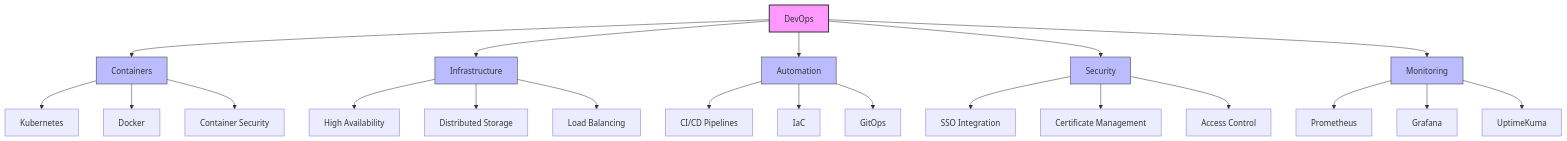
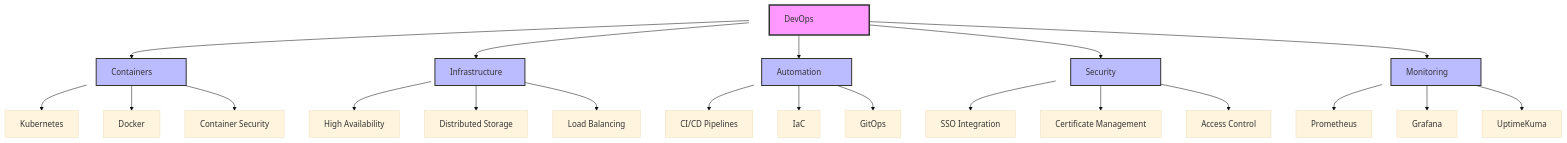
One commit to depgod/docs changed the diagram in docs/index.md. Above: the diagram before and after it, drawn with Mermaid. The commit also changed 5 other files, not shown here.

````diff
--- a/docs/index.md
+++ b/docs/index.md
@@ -12,35 +12,36 @@
 ```mermaid
+%%{init: {'theme': 'base', 'themeVariables': { 'fontSize': '16px', 'fontFamily': 'arial' }, 'securityLevel': 'loose', 'zoom': 1.5 }}%%
 graph TD
     A[DevOps] --> B[Containers]
     A --> C[Infrastructure]
     A --> D[Automation]
     A --> E[Security]
     A --> F[Monitoring]
     
     B --> B1[Kubernetes]
     B --> B2[Docker]
     B --> B3[Container Security]
     
     C --> C1[High Availability]
     C --> C2[Distributed Storage]
     C --> C3[Load Balancing]
     
     D --> D1[CI/CD Pipelines]
     D --> D2[IaC]
     D --> D3[GitOps]
     
     E --> E1[SSO Integration]
     E --> E2[Certificate Management]
     E --> E3[Access Control]
     
     F --> F1[Prometheus]
     F --> F2[Grafana]
     F --> F3[UptimeKuma]
 
-    style A fill:#f9f,stroke:#333,stroke-width:2px
-    style B fill:#bbf,stroke:#333
-    style C fill:#bbf,stroke:#333
-    style D fill:#bbf,stroke:#333
-    style E fill:#bbf,stroke:#333
-    style F fill:#bbf,stroke:#333
+    style A fill:#f9f,stroke:#333,stroke-width:3px,text-align:center,width:200px,height:60px
+    style B fill:#bbf,stroke:#333,stroke-width:2px,width:180px
+    style C fill:#bbf,stroke:#333,stroke-width:2px,width:180px
+    style D fill:#bbf,stroke:#333,stroke-width:2px,width:180px
+    style E fill:#bbf,stroke:#333,stroke-width:2px,width:180px
+    style F fill:#bbf,stroke:#333,stroke-width:2px,width:180px
 ```
````
